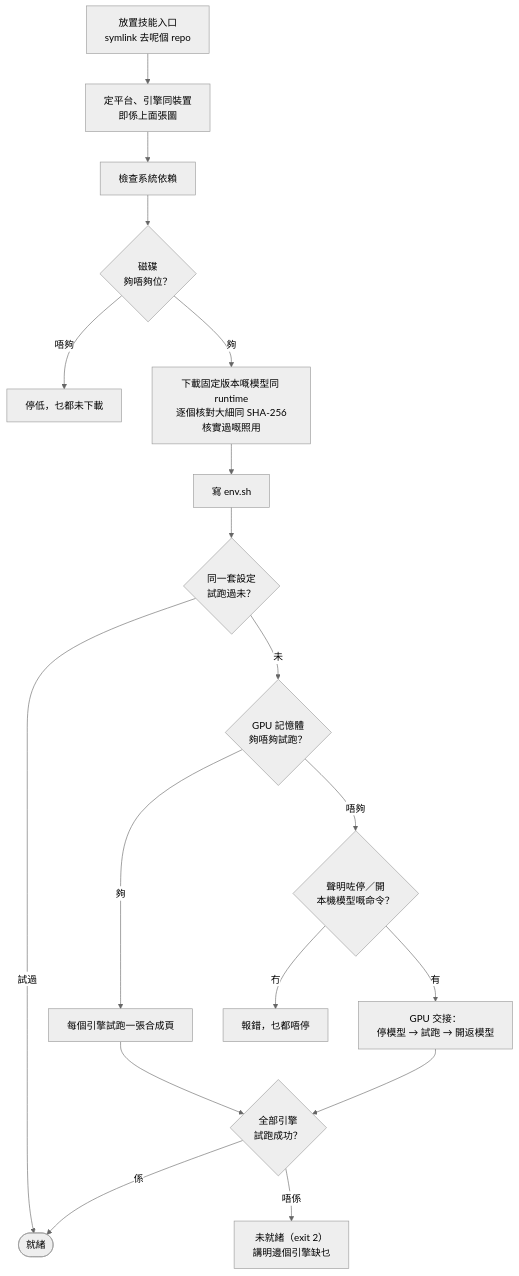
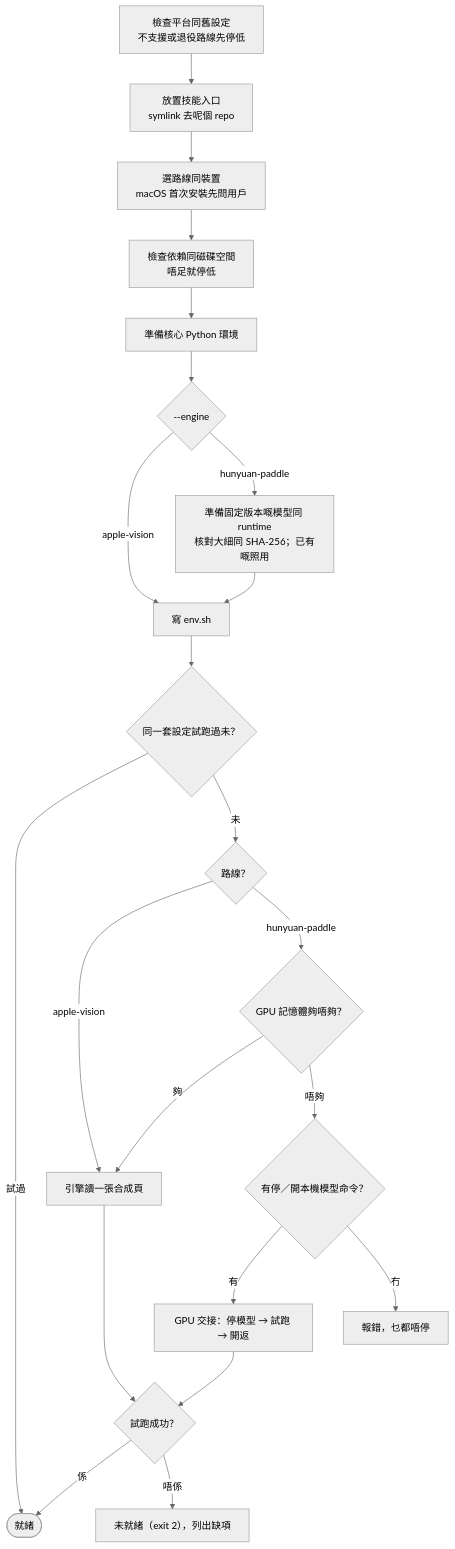
The third of 6 diagrams in README.md (laubonghaudoi/jyut-ocr-proofread), drawn with Mermaid (neutral theme) before and after one commit. The commit also changed other lines of this file and 33 other files, not shown here.

Commit message:
Separate pure Apple Vision and Hunyuan-Paddle OCR routes

````diff
--- a/README.md
+++ b/README.md
@@ -112,20 +107,24 @@
 ```mermaid
 flowchart TD
-  a["放置技能入口<br/>symlink 去呢個 repo"] --> a2["定平台、引擎同裝置<br/>即係上面張圖"]
-  a2 --> b["檢查系統依賴"]
-  b --> c{"磁碟<br/>夠唔夠位？"}
-  c -->|"唔夠"| c1["停低，乜都未下載"]
-  c -->|"夠"| d["下載固定版本嘅模型同 runtime<br/>逐個核對大細同 SHA-256<br/>核實過嘅照用"]
-  d --> e["寫 env.sh"]
-  e --> f{"同一套設定<br/>試跑過未？"}
+  v["檢查平台同舊設定<br/>不支援或退役路線先停低"] --> a["放置技能入口<br/>symlink 去呢個 repo"]
+  a --> a2["選路線同裝置<br/>macOS 首次安裝先問用戶"]
+  a2 --> b["檢查依賴同磁碟空間<br/>唔足就停低"]
+  b --> py["準備核心 Python 環境"]
+  py --> route{"--engine"}
+  route -->|"apple-vision"| e["寫 env.sh"]
+  route -->|"hunyuan-paddle"| d["準備固定版本嘅模型同 runtime<br/>核對大細同 SHA-256；已有嘅照用"]
+  d --> e
+  e --> f{"同一套設定試跑過未？"}
   f -->|"試過"| ok(["就緒"])
-  f -->|"未"| g{"GPU 記憶體<br/>夠唔夠試跑？"}
-  g -->|"夠"| h["每個引擎試跑一張合成頁"]
-  g -->|"唔夠"| i{"聲明咗停／開<br/>本機模型嘅命令？"}
-  i -->|"有"| j["GPU 交接：<br/>停模型 → 試跑 → 開返模型"]
+  f -->|"未"| which{"路線？"}
+  which -->|"apple-vision"| h["引擎讀一張合成頁"]
+  which -->|"hunyuan-paddle"| g{"GPU 記憶體夠唔夠？"}
+  g -->|"夠"| h
+  g -->|"唔夠"| i{"有停／開本機模型命令？"}
+  i -->|"有"| j["GPU 交接：停模型 → 試跑 → 開返"]
   i -->|"冇"| k["報錯，乜都唔停"]
-  h --> l{"全部引擎<br/>試跑成功？"}
+  h --> l{"試跑成功？"}
   j --> l
   l -->|"係"| ok
-  l -->|"唔係"| m["未就緒（exit 2）<br/>講明邊個引擎缺乜"]
+  l -->|"唔係"| m["未就緒（exit 2），列出缺項"]
 ```
````
